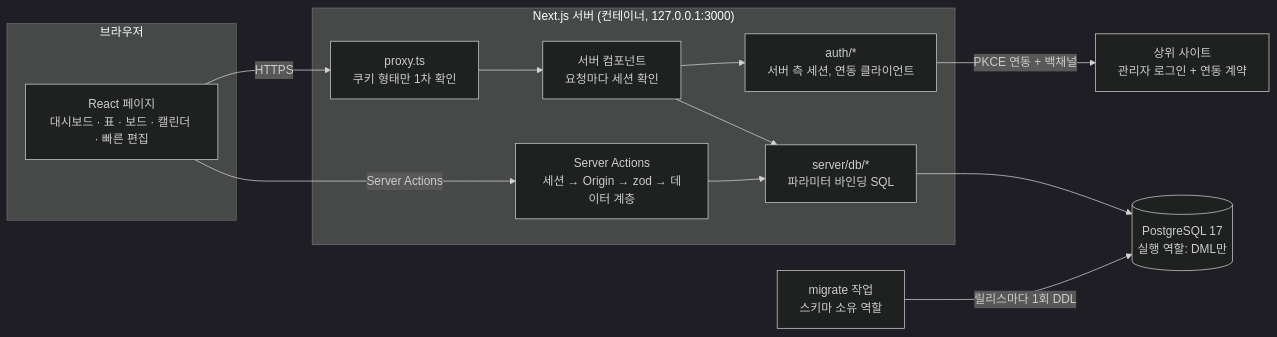
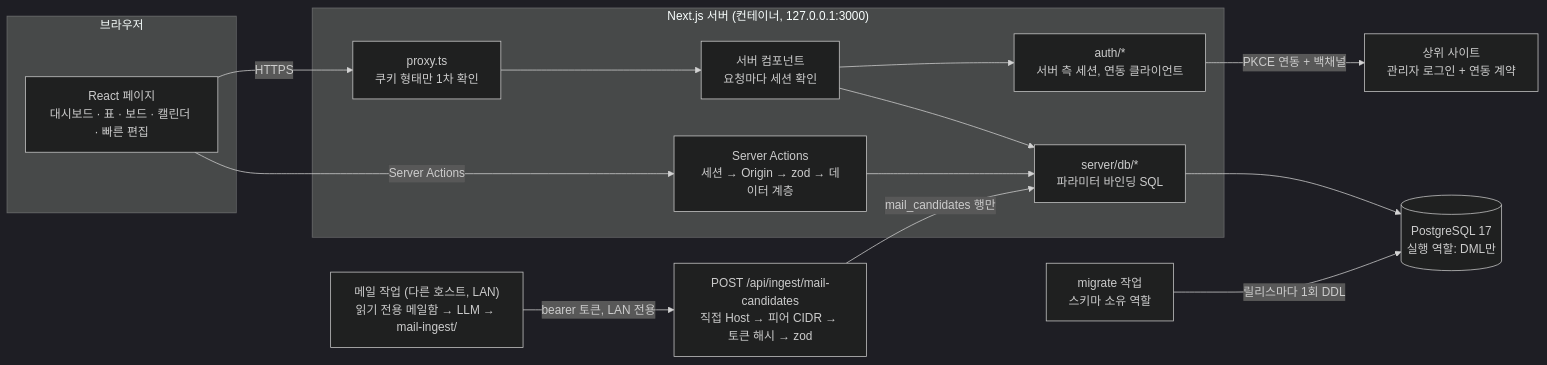
Before and after one commit to lubydubybubu/review-ops-dashboard: the diagram in README.ko.md, drawn with Mermaid (dark theme). The commit also changed other lines of this file and 41 other files, not shown here.

Commit message:
feat: mail-request inbox with LAN-only ingest and mail-ingest producer

````diff
--- a/README.ko.md
+++ b/README.ko.md
@@ -47,23 +52,26 @@
 ```mermaid
 flowchart LR
   subgraph Browser["브라우저"]
     UI["React 페이지<br/>대시보드 · 표 · 보드 · 캘린더 · 빠른 편집"]
   end
   subgraph App["Next.js 서버 (컨테이너, 127.0.0.1:3000)"]
     Proxy["proxy.ts<br/>쿠키 형태만 1차 확인"]
     Pages["서버 컴포넌트<br/>요청마다 세션 확인"]
     Actions["Server Actions<br/>세션 → Origin → zod → 데이터 계층"]
     Auth["auth/*<br/>서버 측 세션, 연동 클라이언트"]
     Data["server/db/*<br/>파라미터 바인딩 SQL"]
   end
   DB[("PostgreSQL 17<br/>실행 역할: DML만")]
   Migrate["migrate 작업<br/>스키마 소유 역할"]
   Site["상위 사이트<br/>관리자 로그인 + 연동 계약"]
+  Producer["메일 작업 (다른 호스트, LAN)<br/>읽기 전용 메일함 → LLM → mail-ingest/"]
+  Ingest["POST /api/ingest/mail-candidates<br/>직접 Host → 피어 CIDR → 토큰 해시 → zod"]
 
   UI -->|HTTPS| Proxy --> Pages --> Data
   UI -->|Server Actions| Actions --> Data
   Pages --> Auth
   Auth -->|"PKCE 연동 + 백채널"| Site
   Data --> DB
   Migrate -->|"릴리스마다 1회 DDL"| DB
+  Producer -->|"bearer 토큰, LAN 전용"| Ingest -->|"mail_candidates 행만"| Data
 ```
````
